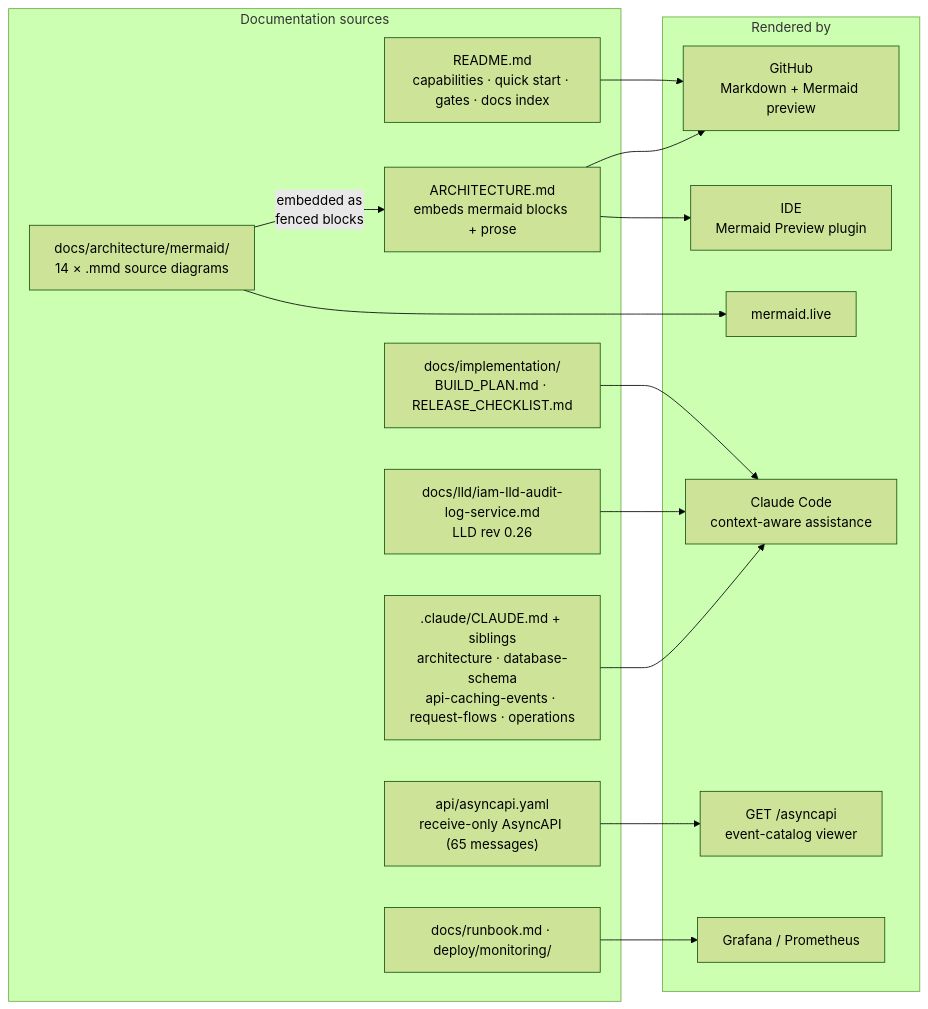
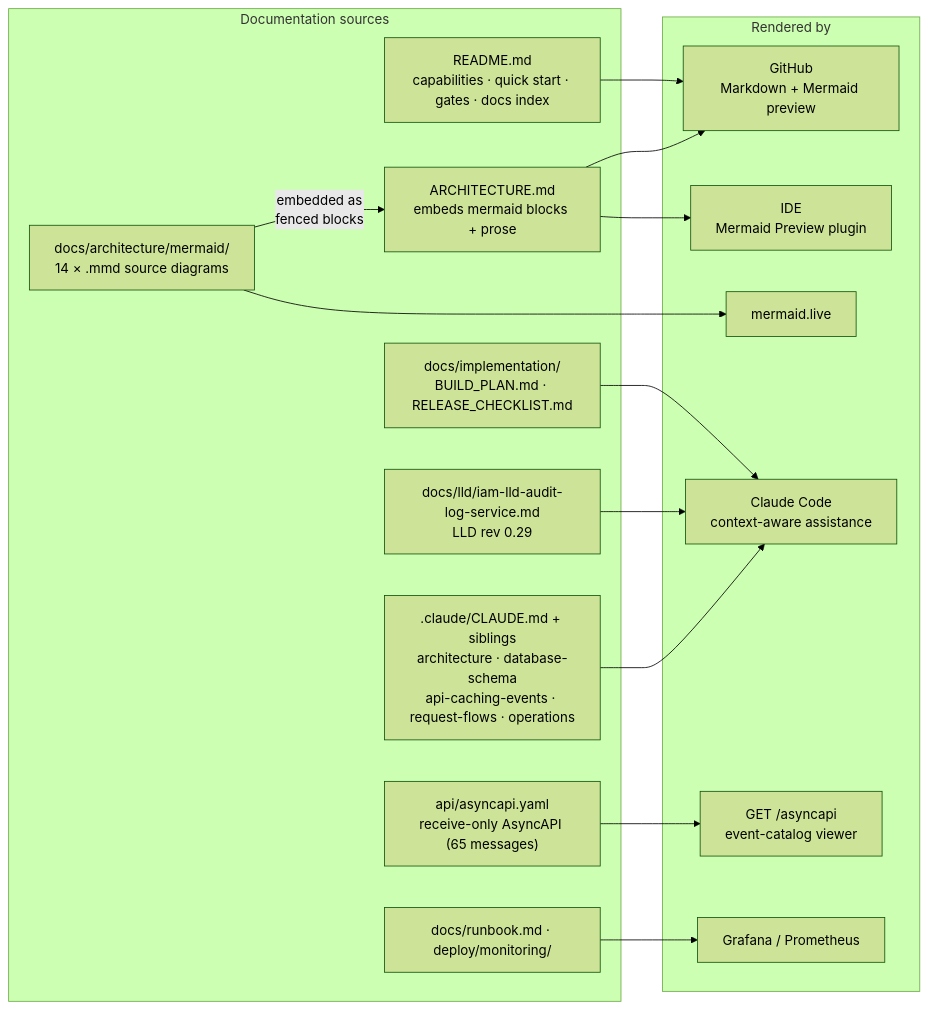
Diagram 14 of 14 in ARCHITECTURE.md (BCBP-SOLUTIONS-FZC-LLC/iam-audit-log), drawn with Mermaid (forest theme) before and after one commit. The commit also changed other lines of this file and 112 other files, not shown here.

````diff
--- a/ARCHITECTURE.md
+++ b/ARCHITECTURE.md
@@ -1009,33 +1009,33 @@
 ```mermaid
 graph LR
     subgraph sources["Documentation sources"]
         mmd["docs/architecture/mermaid/\n14 × .mmd source diagrams"]
         arch["ARCHITECTURE.md\nembeds mermaid blocks + prose"]
         claude[".claude/CLAUDE.md + siblings\narchitecture · database-schema\napi-caching-events · request-flows · operations"]
         readme["README.md\ncapabilities · quick start · gates · docs index"]
         asyncapi_yaml["api/asyncapi.yaml\nreceive-only AsyncAPI (65 messages)"]
-        lld["docs/lld/iam-lld-audit-log-service.md\nLLD rev 0.26"]
+        lld["docs/lld/iam-lld-audit-log-service.md\nLLD rev 0.29"]
         plan["docs/implementation/\nBUILD_PLAN.md · RELEASE_CHECKLIST.md"]
         ops["docs/runbook.md · deploy/monitoring/"]
     end
 
     subgraph rendered["Rendered by"]
         github["GitHub\nMarkdown + Mermaid preview"]
         ide["IDE\nMermaid Preview plugin"]
         live["mermaid.live"]
         claude_ai["Claude Code\ncontext-aware assistance"]
         asyncapi_viewer["GET /asyncapi\nevent-catalog viewer"]
         grafana["Grafana / Prometheus"]
     end
 
     mmd -->|"embedded as\nfenced blocks"| arch
     arch --> github
     arch --> ide
     mmd --> live
     claude --> claude_ai
     lld --> claude_ai
     plan --> claude_ai
     readme --> github
     asyncapi_yaml --> asyncapi_viewer
     ops --> grafana
 ```
````
